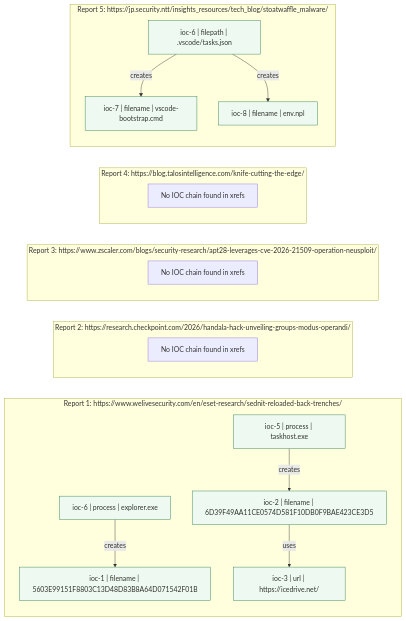
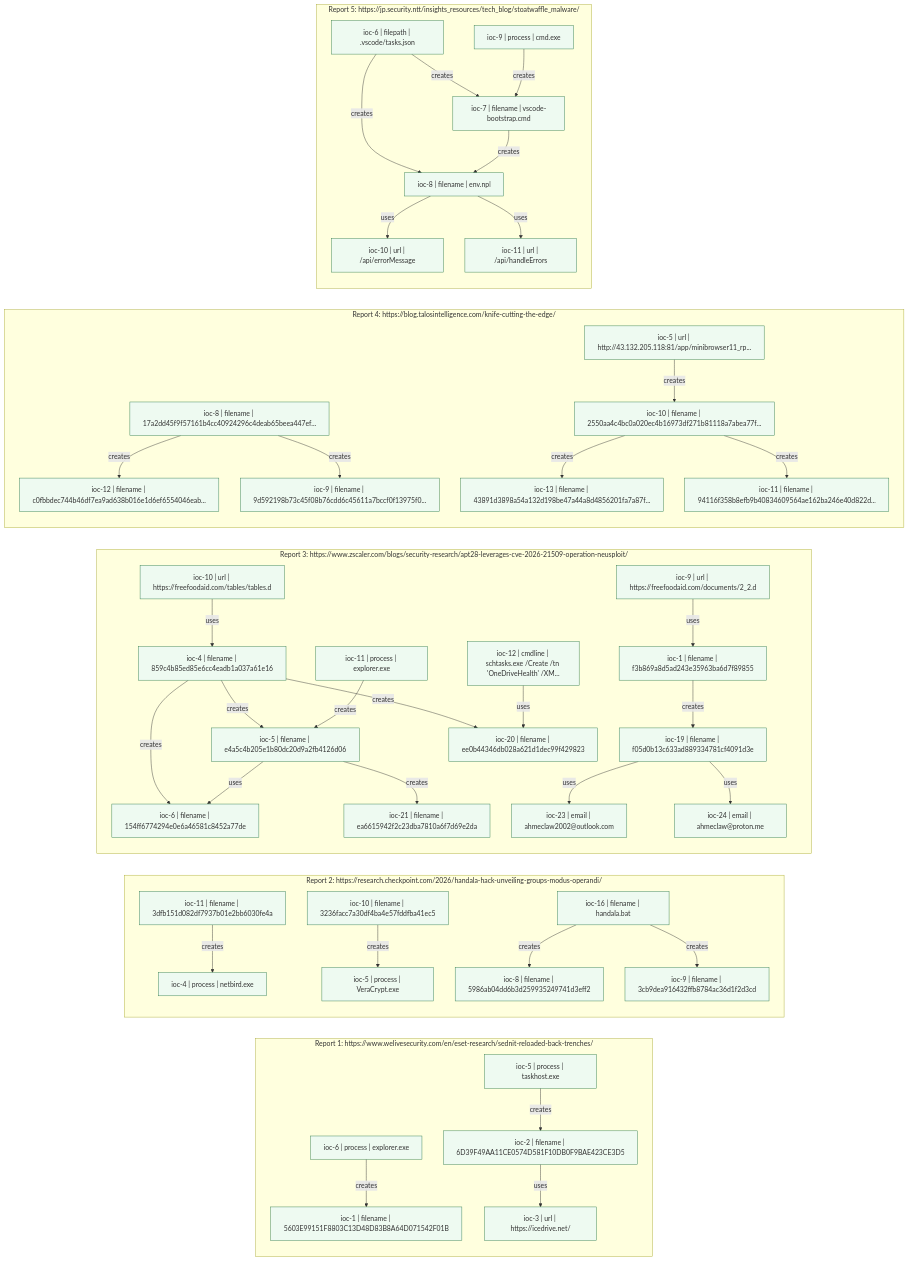
The diagram in cti_parser/diagrams/iocs_chain.mmd (dlegezo/automation), drawn with Mermaid before and after one commit. The commit also changed 1 other file, not shown here.

```diff
--- a/cti_parser/diagrams/iocs_chain.mmd
+++ b/cti_parser/diagrams/iocs_chain.mmd
@@ -1,44 +1,126 @@
 flowchart LR
     %% Auto-generated from outbound/outbound.json
     %% IOC chains only (derived from xrefs creates/uses)
 
     subgraph report_1["Report 1: https://www.welivesecurity.com/en/eset-research/sednit-reloaded-back-trenches/"]
     r1_ioc_1["ioc-1 | filename | 5603E99151F8803C13D48D83B8A64D071542F01B"]
     r1_ioc_2["ioc-2 | filename | 6D39F49AA11CE0574D581F10DB0F9BAE423CE3D5"]
     r1_ioc_3["ioc-3 | url | https://icedrive.net/"]
     r1_ioc_5["ioc-5 | process | taskhost.exe"]
     r1_ioc_6["ioc-6 | process | explorer.exe"]
     r1_ioc_5 -->|creates| r1_ioc_2
     r1_ioc_6 -->|creates| r1_ioc_1
     r1_ioc_2 -->|uses| r1_ioc_3
     end
 
     subgraph report_2["Report 2: https://research.checkpoint.com/2026/handala-hack-unveiling-groups-modus-operandi/"]
-    r2_no_ioc_chain["No IOC chain found in xrefs"]
+    r2_ioc_10["ioc-10 | filename | 3236facc7a30df4ba4e57fddfba41ec5"]
+    r2_ioc_11["ioc-11 | filename | 3dfb151d082df7937b01e2bb6030fe4a"]
+    r2_ioc_16["ioc-16 | filename | handala.bat"]
+    r2_ioc_4["ioc-4 | process | netbird.exe"]
+    r2_ioc_5["ioc-5 | process | VeraCrypt.exe"]
+    r2_ioc_8["ioc-8 | filename | 5986ab04dd6b3d259935249741d3eff2"]
+    r2_ioc_9["ioc-9 | filename | 3cb9dea916432ffb8784ac36d1f2d3cd"]
+    r2_ioc_11 -->|creates| r2_ioc_4
+    r2_ioc_10 -->|creates| r2_ioc_5
+    r2_ioc_16 -->|creates| r2_ioc_8
+    r2_ioc_16 -->|creates| r2_ioc_9
     end
 
     subgraph report_3["Report 3: https://www.zscaler.com/blogs/security-research/apt28-leverages-cve-2026-21509-operation-neusploit/"]
-    r3_no_ioc_chain["No IOC chain found in xrefs"]
+    r3_ioc_1["ioc-1 | filename | f3b869a8d5ad243e35963ba6d7f89855"]
+    r3_ioc_10["ioc-10 | url | https://freefoodaid.com/tables/tables.d"]
+    r3_ioc_11["ioc-11 | process | explorer.exe"]
+    r3_ioc_12["ioc-12 | cmdline | schtasks.exe /Create /tn 'OneDriveHealth' /XM..."]
+    r3_ioc_19["ioc-19 | filename | f05d0b13c633ad889334781cf4091d3e"]
+    r3_ioc_20["ioc-20 | filename | ee0b44346db028a621d1dec99f429823"]
+    r3_ioc_21["ioc-21 | filename | ea6615942f2c23dba7810a6f7d69e2da"]
+    r3_ioc_23["ioc-23 | email | ahmeclaw2002@outlook.com"]
+    r3_ioc_24["ioc-24 | email | ahmeclaw@proton.me"]
+    r3_ioc_4["ioc-4 | filename | 859c4b85ed85e6cc4eadb1a037a61e16"]
+    r3_ioc_5["ioc-5 | filename | e4a5c4b205e1b80dc20d9a2fb4126d06"]
+    r3_ioc_6["ioc-6 | filename | 154ff6774294e0e6a46581c8452a77de"]
+    r3_ioc_9["ioc-9 | url | https://freefoodaid.com/documents/2_2.d"]
+    r3_ioc_9 -->|uses| r3_ioc_1
+    r3_ioc_10 -->|uses| r3_ioc_4
+    r3_ioc_1 -->|creates| r3_ioc_19
+    r3_ioc_4 -->|creates| r3_ioc_5
+    r3_ioc_4 -->|creates| r3_ioc_6
+    r3_ioc_4 -->|creates| r3_ioc_20
+    r3_ioc_12 -->|uses| r3_ioc_20
+    r3_ioc_11 -->|creates| r3_ioc_5
+    r3_ioc_5 -->|uses| r3_ioc_6
+    r3_ioc_5 -->|creates| r3_ioc_21
+    r3_ioc_19 -->|uses| r3_ioc_23
+    r3_ioc_19 -->|uses| r3_ioc_24
     end
 
     subgraph report_4["Report 4: https://blog.talosintelligence.com/knife-cutting-the-edge/"]
-    r4_no_ioc_chain["No IOC chain found in xrefs"]
+    r4_ioc_10["ioc-10 | filename | 2550aa4c4bc0a020ec4b16973df271b81118a7abea77f..."]
+    r4_ioc_11["ioc-11 | filename | 94116f358b8efb9b40834609564ae162ba246e40d822d..."]
+    r4_ioc_12["ioc-12 | filename | c0fbbdec744b46df7ea9ad638b016e1d6ef6554046eab..."]
+    r4_ioc_13["ioc-13 | filename | 43891d3898a54a132d198be47a44a8d4856201fa7a87f..."]
+    r4_ioc_5["ioc-5 | url | http://43.132.205.118:81/app/minibrowser11_rp..."]
+    r4_ioc_8["ioc-8 | filename | 17a2dd45f9f57161b4cc40924296c4deab65beea447ef..."]
+    r4_ioc_9["ioc-9 | filename | 9d592198b73c45f08b76cdd6c45611a7bccf0f13975f0..."]
+    r4_ioc_8 -->|creates| r4_ioc_12
+    r4_ioc_8 -->|creates| r4_ioc_9
+    r4_ioc_5 -->|creates| r4_ioc_10
+    r4_ioc_10 -->|creates| r4_ioc_13
+    r4_ioc_10 -->|creates| r4_ioc_11
     end
 
     subgraph report_5["Report 5: https://jp.security.ntt/insights_resources/tech_blog/stoatwaffle_malware/"]
+    r5_ioc_10["ioc-10 | url | /api/errorMessage"]
+    r5_ioc_11["ioc-11 | url | /api/handleErrors"]
     r5_ioc_6["ioc-6 | filepath | .vscode/tasks.json"]
     r5_ioc_7["ioc-7 | filename | vscode-bootstrap.cmd"]
     r5_ioc_8["ioc-8 | filename | env.npl"]
+    r5_ioc_9["ioc-9 | process | cmd.exe"]
     r5_ioc_6 -->|creates| r5_ioc_7
     r5_ioc_6 -->|creates| r5_ioc_8
+    r5_ioc_9 -->|creates| r5_ioc_7
+    r5_ioc_7 -->|creates| r5_ioc_8
+    r5_ioc_8 -->|uses| r5_ioc_10
+    r5_ioc_8 -->|uses| r5_ioc_11
     end
 
     classDef ioc fill:#eefaf1,stroke:#2c7a4b,stroke-width:1px
     class r1_ioc_1 ioc
     class r1_ioc_2 ioc
     class r1_ioc_3 ioc
     class r1_ioc_5 ioc
     class r1_ioc_6 ioc
+    class r2_ioc_10 ioc
+    class r2_ioc_11 ioc
+    class r2_ioc_16 ioc
+    class r2_ioc_4 ioc
+    class r2_ioc_5 ioc
+    class r2_ioc_8 ioc
+    class r2_ioc_9 ioc
+    class r3_ioc_1 ioc
+    class r3_ioc_10 ioc
+    class r3_ioc_11 ioc
+    class r3_ioc_12 ioc
+    class r3_ioc_19 ioc
+    class r3_ioc_20 ioc
+    class r3_ioc_21 ioc
+    class r3_ioc_23 ioc
+    class r3_ioc_24 ioc
+    class r3_ioc_4 ioc
+    class r3_ioc_5 ioc
+    class r3_ioc_6 ioc
+    class r3_ioc_9 ioc
+    class r4_ioc_10 ioc
+    class r4_ioc_11 ioc
+    class r4_ioc_12 ioc
+    class r4_ioc_13 ioc
+    class r4_ioc_5 ioc
+    class r4_ioc_8 ioc
+    class r4_ioc_9 ioc
+    class r5_ioc_10 ioc
+    class r5_ioc_11 ioc
     class r5_ioc_6 ioc
     class r5_ioc_7 ioc
     class r5_ioc_8 ioc
+    class r5_ioc_9 ioc
```
